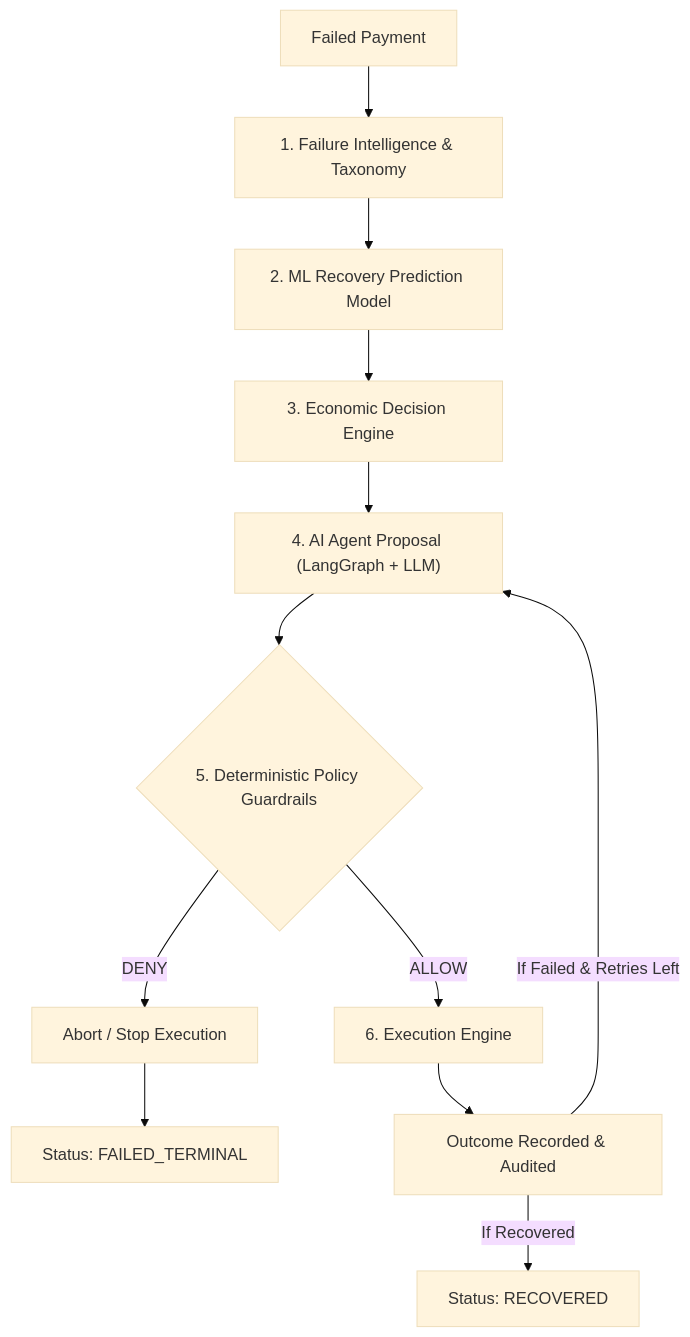
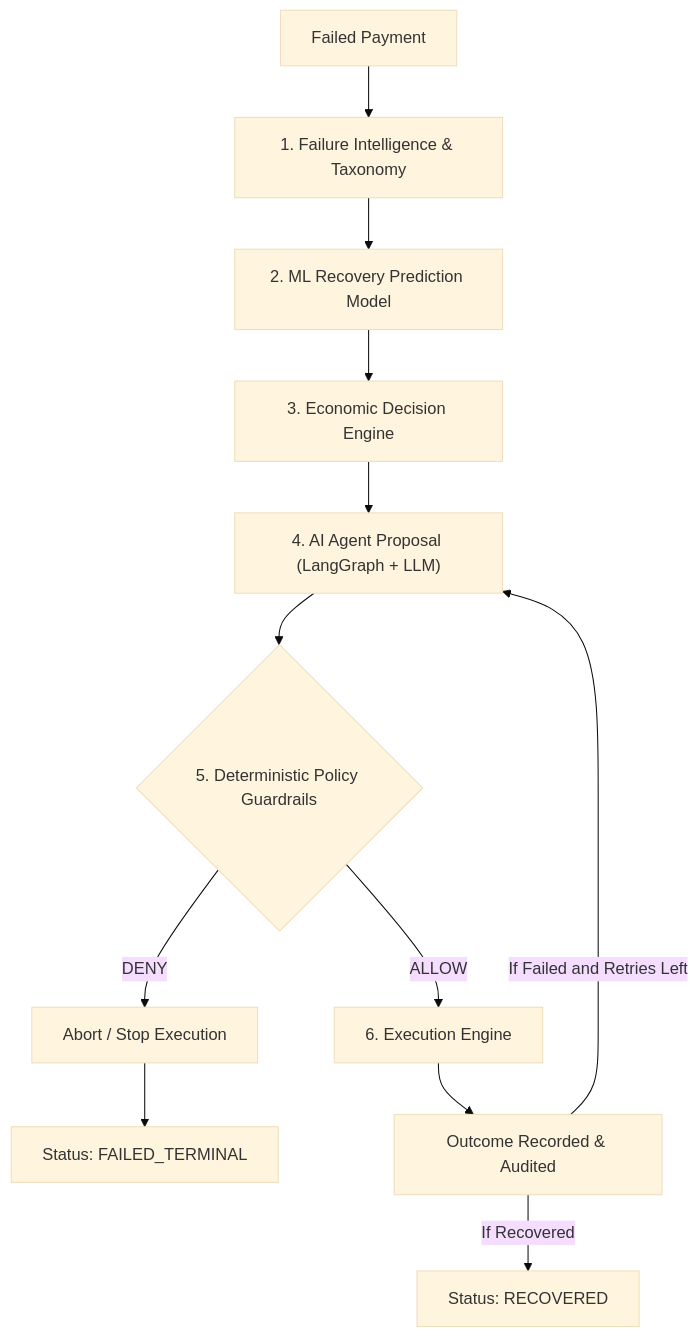
The diagram in docs/DEMO_FLOW_AND_SCRIPT.md (Hardik9999/RecoveryOS), drawn with Mermaid (base theme) before and after one commit. The commit also changed other lines of this file and 9 other files, not shown here.

````diff
--- a/docs/DEMO_FLOW_AND_SCRIPT.md
+++ b/docs/DEMO_FLOW_AND_SCRIPT.md
@@ -30,14 +30,14 @@
 ```mermaid
 flowchart TD
     A["Failed Payment"] --> B["1. Failure Intelligence & Taxonomy"]
     B --> C["2. ML Recovery Prediction Model"]
     C --> D["3. Economic Decision Engine"]
     D --> E["4. AI Agent Proposal (LangGraph + LLM)"]
     E --> F{"5. Deterministic Policy Guardrails"}
     F -->|DENY| G["Abort / Stop Execution"]
     F -->|ALLOW| H["6. Execution Engine"]
     H --> I["Outcome Recorded & Audited"]
-    I -->|"If Failed & Retries Left"| E
+    I -->|If Failed and Retries Left| E
     I -->|If Recovered| J["Status: RECOVERED"]
     G --> K["Status: FAILED_TERMINAL"]
 ```
````
